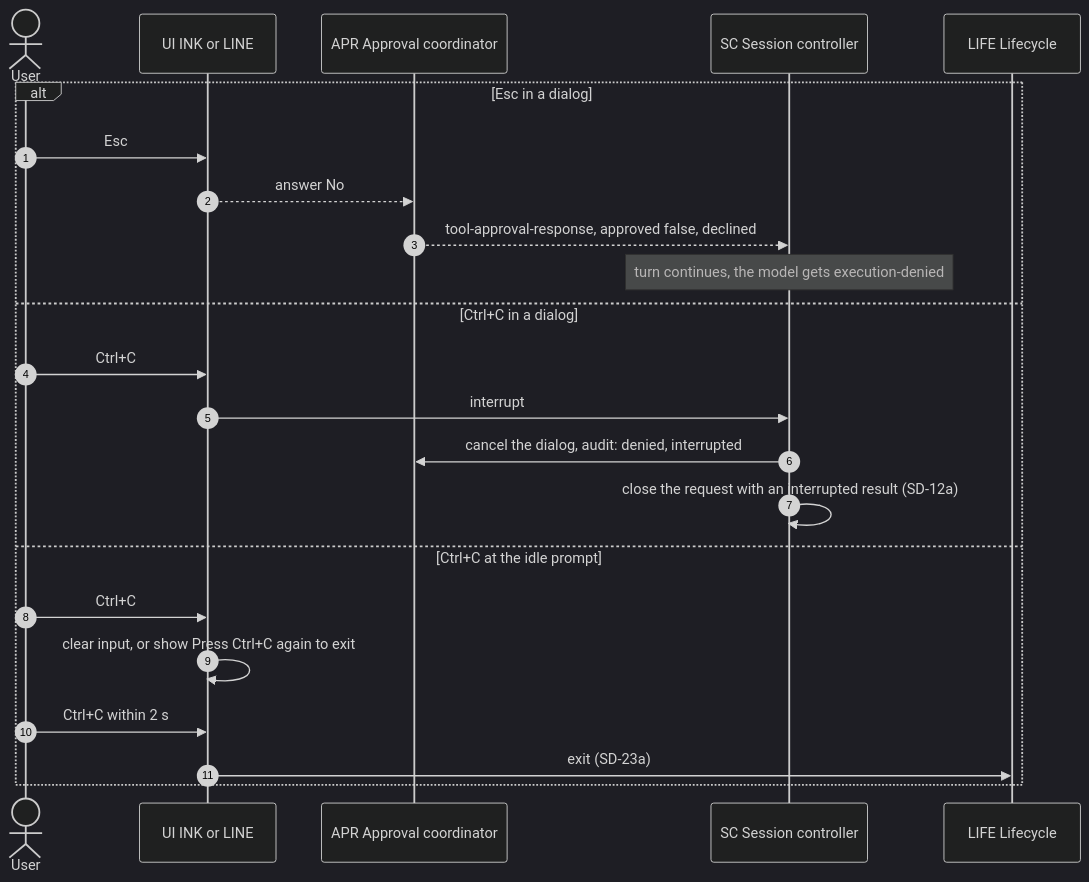
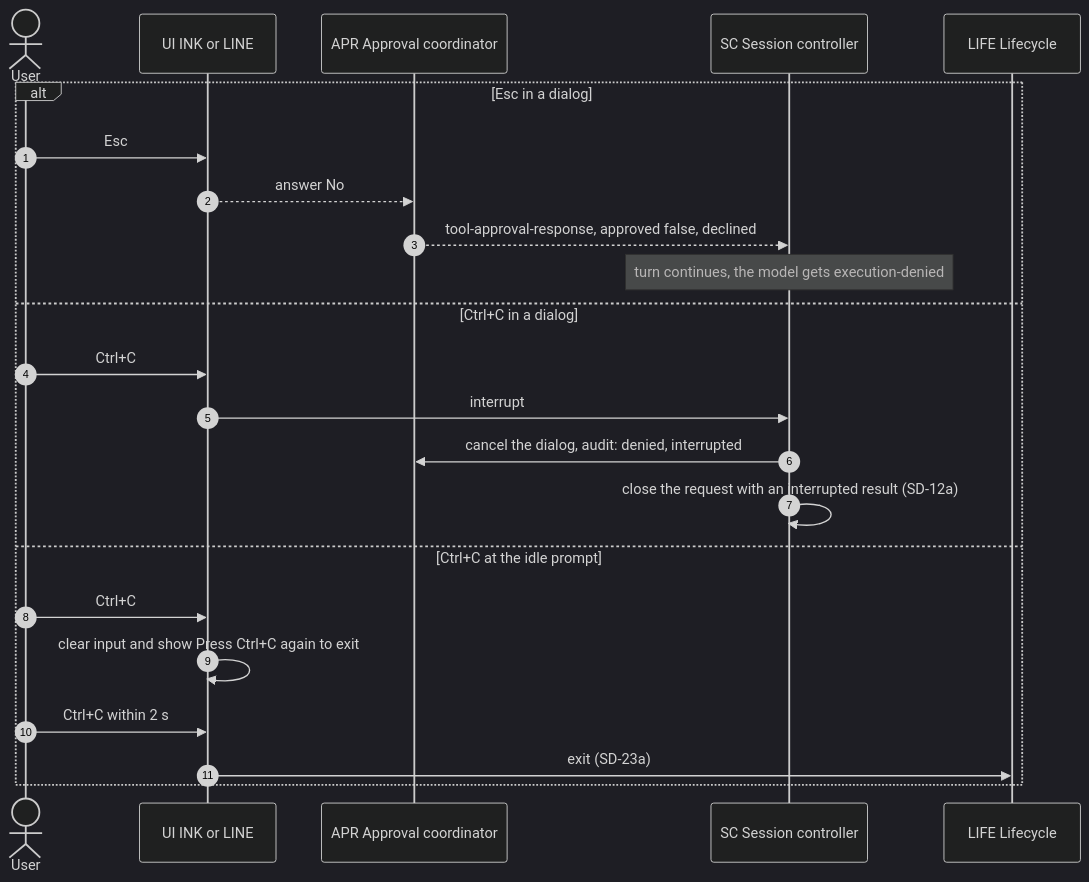
Diagram 20 of 46 in docs/Deliverables/03_sequence_diagrams.md (Dakshnagpal/antai-agent), drawn with Mermaid (dark theme) before and after one commit. The commit also changed other lines of this file and 18 other files, not shown here.

````diff
--- a/docs/Deliverables/03_sequence_diagrams.md
+++ b/docs/Deliverables/03_sequence_diagrams.md
@@ -1124,25 +1132,25 @@
 ```mermaid
 sequenceDiagram
     autonumber
     actor U as User
     participant UI as UI INK or LINE
     participant APR as APR Approval coordinator
     participant SC as SC Session controller
     participant LIFE as LIFE Lifecycle
     alt Esc in a dialog
         U->>UI: Esc
         UI-->>APR: answer No
         APR-->>SC: tool-approval-response, approved false, declined
         Note over SC: turn continues, the model gets execution-denied
     else Ctrl+C in a dialog
         U->>UI: Ctrl+C
         UI->>SC: interrupt
         SC->>APR: cancel the dialog, audit: denied, interrupted
         SC->>SC: close the request with an interrupted result (SD-12a)
     else Ctrl+C at the idle prompt
         U->>UI: Ctrl+C
-        UI->>UI: clear input, or show Press Ctrl+C again to exit
+        UI->>UI: clear input and show Press Ctrl+C again to exit
         U->>UI: Ctrl+C within 2 s
         UI->>LIFE: exit (SD-23a)
     end
 ```
````
